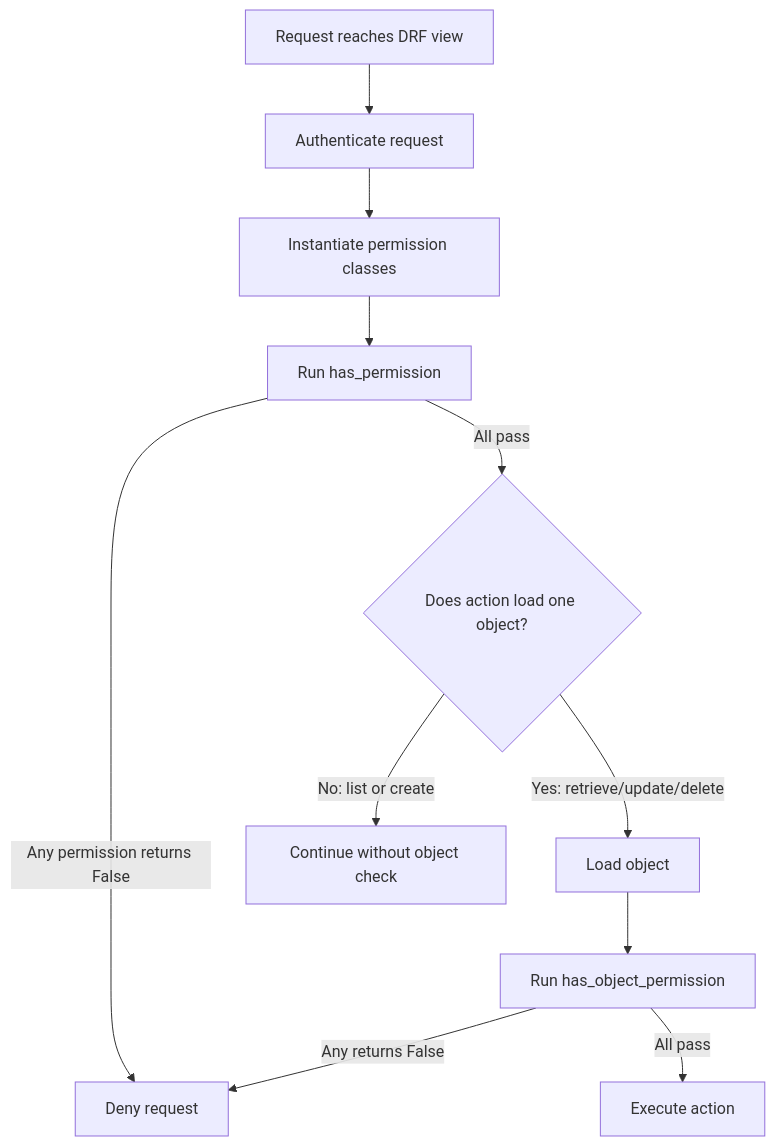
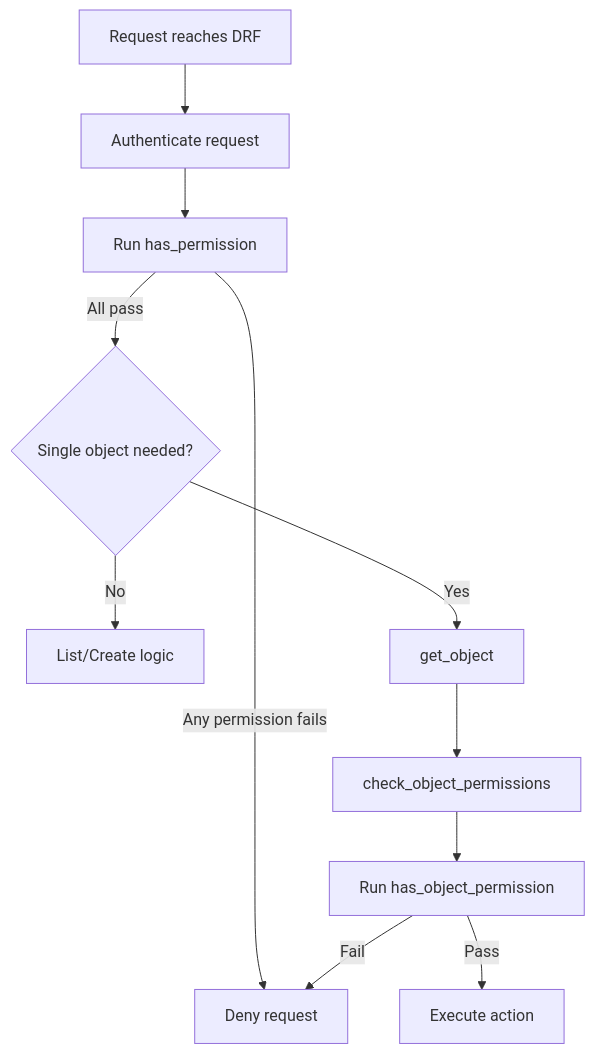
Before and after one commit to AvadhBhalodiya/Interview-Preparation: the second of 5 diagrams in src/content/drf/permissions.md, drawn with Mermaid. The commit also changed other lines of this file and 80 other files, not shown here.

````diff
--- a/src/content/drf/permissions.md
+++ b/src/content/drf/permissions.md
@@ -89,13 +92,13 @@
 ```mermaid
 flowchart TD
-    A[Request reaches DRF view] --> B[Authenticate request]
-    B --> C[Instantiate permission classes]
-    C --> D[Run has_permission]
-    D -->|Any permission returns False| E[Deny request]
-    D -->|All pass| F{Does action load one object?}
-    F -->|No: list or create| G[Continue without object check]
-    F -->|Yes: retrieve/update/delete| H[Load object]
+    A[Request reaches DRF] --> B[Authenticate request]
+    B --> C[Run has_permission]
+    C -->|Any permission fails| D[Deny request]
+    C -->|All pass| E{Single object needed?}
+    E -->|No| F[List/Create logic]
+    E -->|Yes| G[get_object]
+    G --> H[check_object_permissions]
     H --> I[Run has_object_permission]
-    I -->|Any returns False| E
-    I -->|All pass| J[Execute action]
+    I -->|Pass| J[Execute action]
+    I -->|Fail| D
 ```
````
